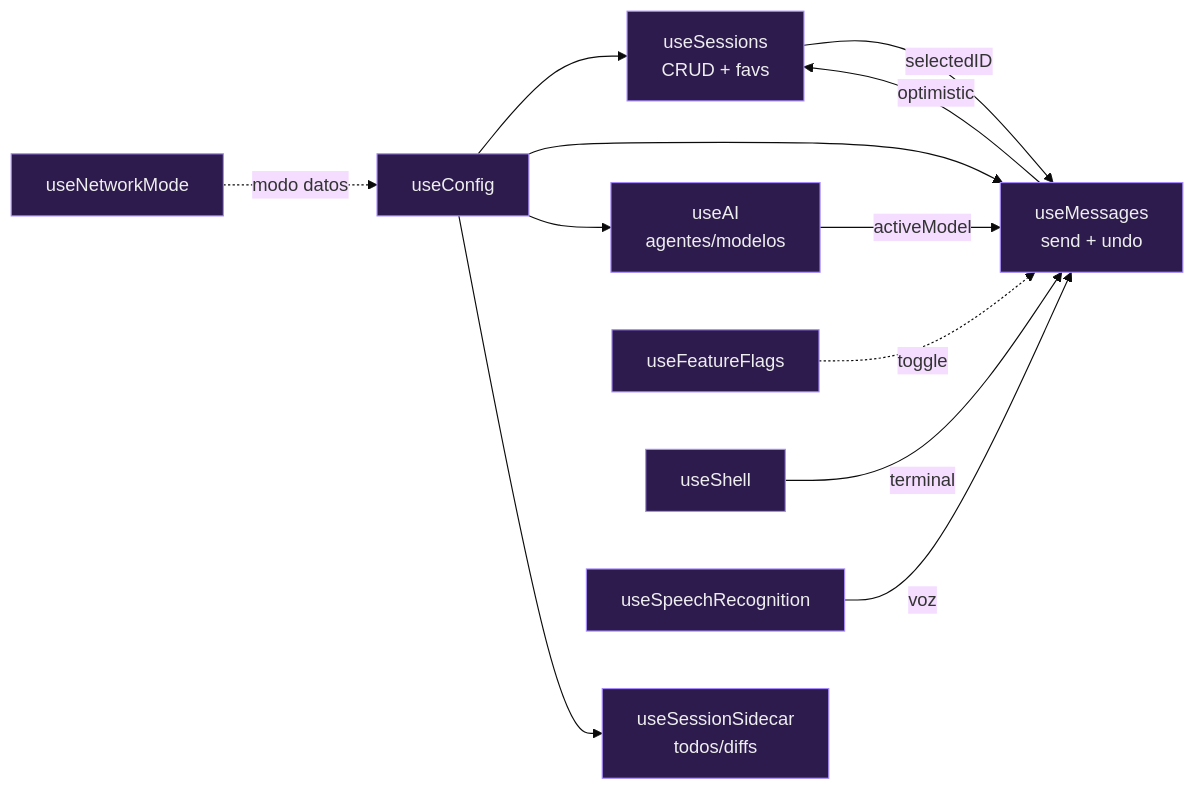
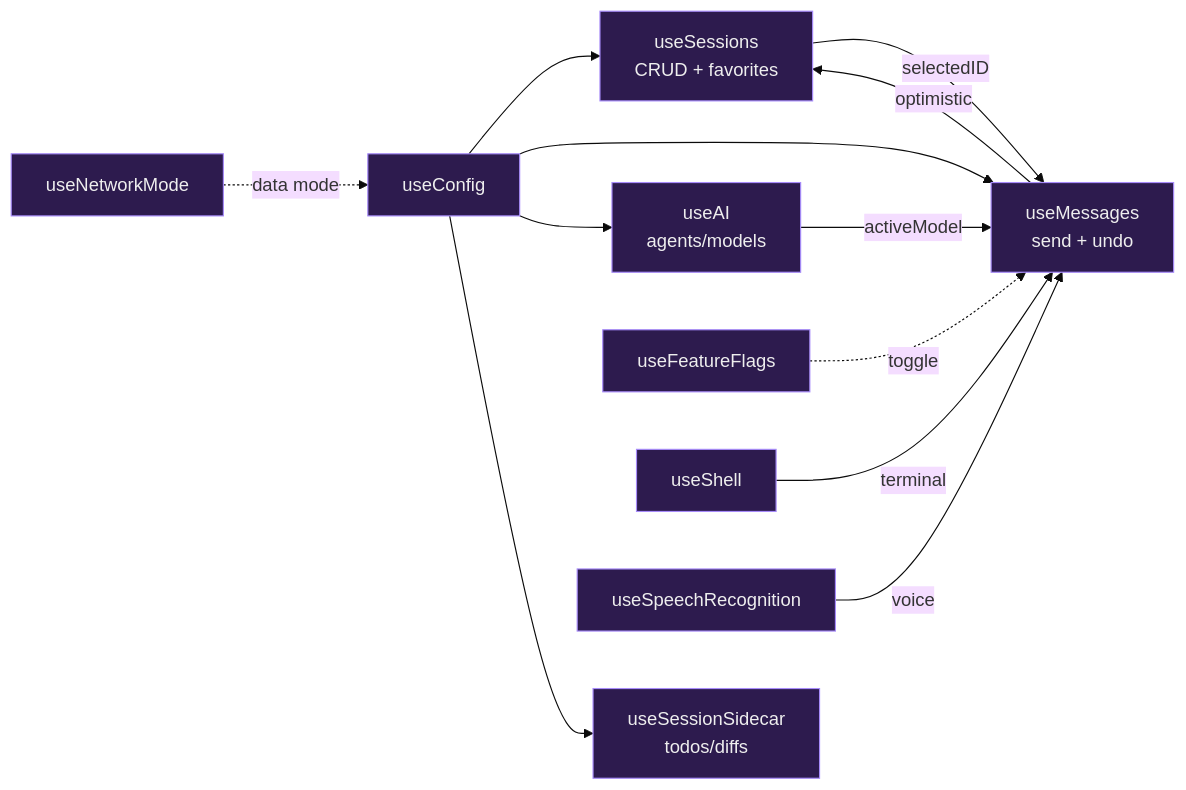
Before and after one commit to Owning01/Openher: the second of 4 diagrams in README.md, drawn with Mermaid (base theme). The commit also changed other lines of this file and 63 other files, not shown here.

````diff
--- a/README.md
+++ b/README.md
@@ -85,17 +87,17 @@
 ```mermaid
 flowchart LR
     classDef hook fill:#2d1b4e,stroke:#a78bfa,color:#eee
     classDef core fill:#1e3a5f,stroke:#5ba3e6,color:#eee
-    C["useConfig"] --> S["useSessions<br/>CRUD + favs"]
+    C["useConfig"] --> S["useSessions<br/>CRUD + favorites"]
     C --> M["useMessages<br/>send + undo"]
-    C --> A["useAI<br/>agentes/modelos"]
+    C --> A["useAI<br/>agents/models"]
     C --> Si["useSessionSidecar<br/>todos/diffs"]
     M -->|optimistic| S
     S -->|selectedID| M
     A -->|activeModel| M
     F["useFeatureFlags"] -.->|toggle| M
-    N["useNetworkMode"] -.->|modo datos| C
+    N["useNetworkMode"] -.->|data mode| C
     Shell["useShell"] -->|terminal| M
-    Speech["useSpeechRecognition"] -->|voz| M
+    Speech["useSpeechRecognition"] -->|voice| M
     class C,S,M,A,Si,F,N,Shell,Speech hook
 ```
````
